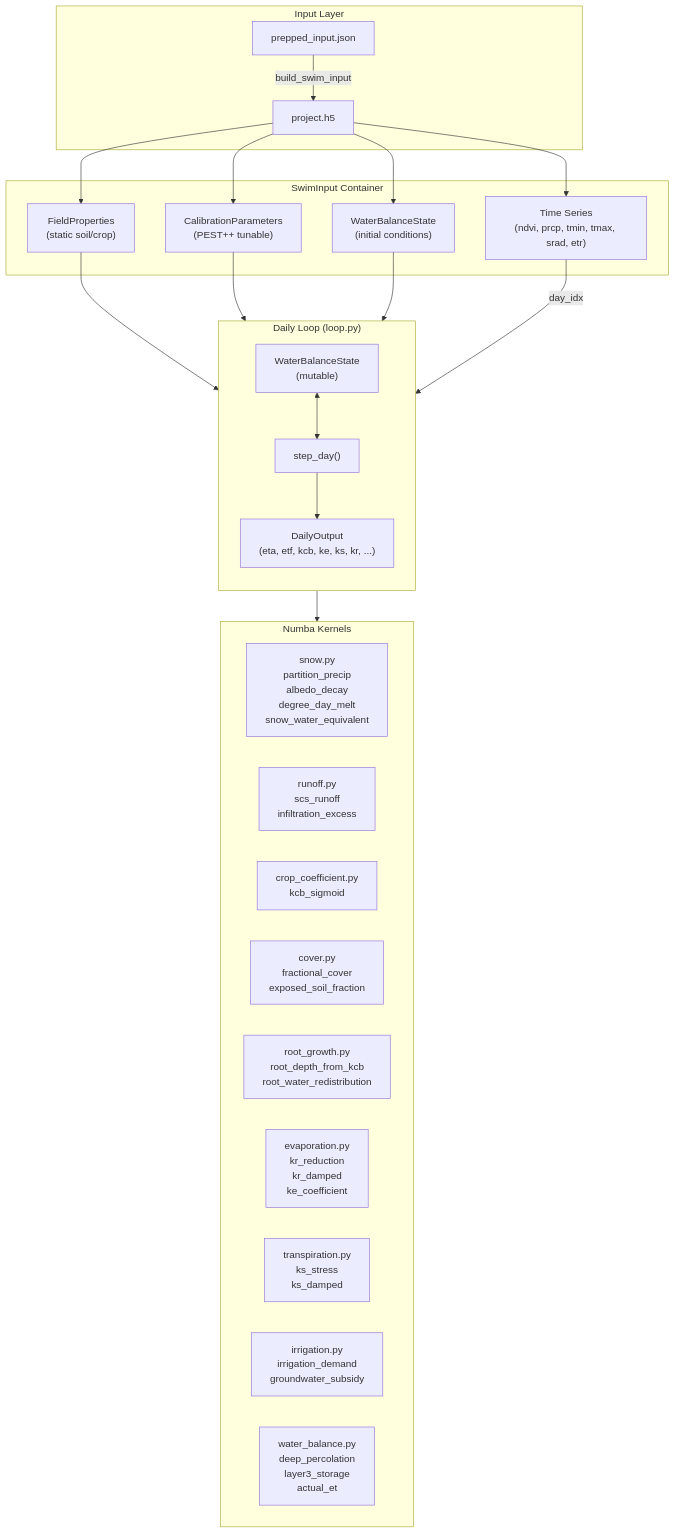
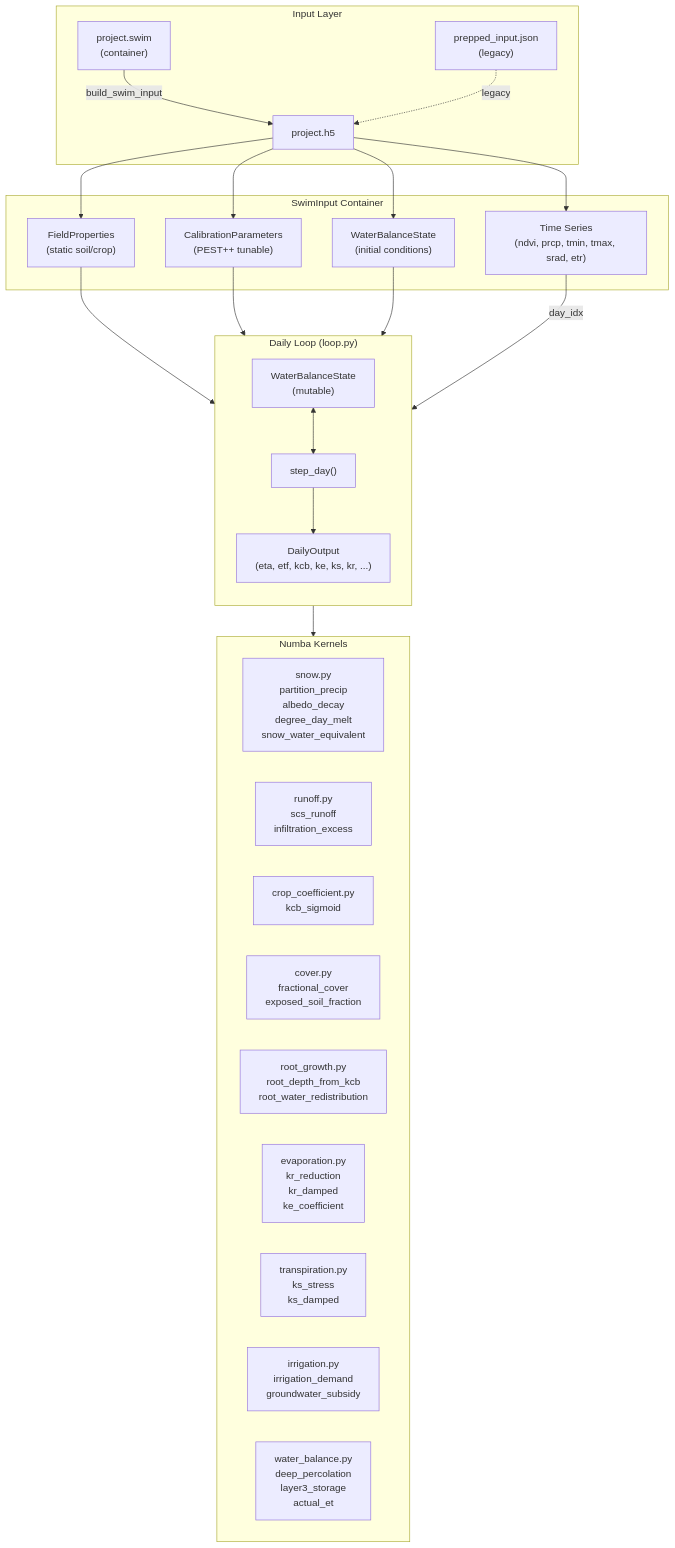
The first of 3 diagrams in docs/process_architecture.md (dgketchum/swim-rs), drawn with Mermaid before and after one commit. The commit also changed other lines of this file and 8 other files, not shown here.

````diff
--- a/docs/process_architecture.md
+++ b/docs/process_architecture.md
@@ -77,43 +77,45 @@
 ```mermaid
 flowchart TB
     subgraph Input["Input Layer"]
-        JSON["prepped_input.json"]
+        SWIM["project.swim<br/>(container)"]
+        JSON["prepped_input.json<br/>(legacy)"]
         HDF5["project.h5"]
-        JSON --> |build_swim_input| HDF5
+        SWIM --> |build_swim_input| HDF5
+        JSON -. legacy .-> HDF5
     end
 
     subgraph Container["SwimInput Container"]
         HDF5 --> Props["FieldProperties<br/>(static soil/crop)"]
         HDF5 --> Params["CalibrationParameters<br/>(PEST++ tunable)"]
         HDF5 --> Spinup["WaterBalanceState<br/>(initial conditions)"]
         HDF5 --> TS["Time Series<br/>(ndvi, prcp, tmin, tmax, srad, etr)"]
     end
 
     subgraph Loop["Daily Loop (loop.py)"]
         direction TB
         State["WaterBalanceState<br/>(mutable)"]
         StepDay["step_day()"]
         Output["DailyOutput<br/>(eta, etf, kcb, ke, ks, kr, ...)"]
     end
 
     subgraph Kernels["Numba Kernels"]
         direction LR
         Snow["snow.py<br/>partition_precip<br/>albedo_decay<br/>degree_day_melt<br/>snow_water_equivalent"]
         Runoff["runoff.py<br/>scs_runoff<br/>infiltration_excess"]
         Crop["crop_coefficient.py<br/>kcb_sigmoid"]
         Cover["cover.py<br/>fractional_cover<br/>exposed_soil_fraction"]
         Root["root_growth.py<br/>root_depth_from_kcb<br/>root_water_redistribution"]
         Evap["evaporation.py<br/>kr_reduction<br/>kr_damped<br/>ke_coefficient"]
         Trans["transpiration.py<br/>ks_stress<br/>ks_damped"]
         Irr["irrigation.py<br/>irrigation_demand<br/>groundwater_subsidy"]
         WB["water_balance.py<br/>deep_percolation<br/>layer3_storage<br/>actual_et"]
     end
 
     Props --> StepDay
     Params --> StepDay
     Spinup --> State
     TS --> |"day_idx"| StepDay
     State <--> StepDay
     StepDay --> Output
     StepDay --> Kernels
 ```
````
